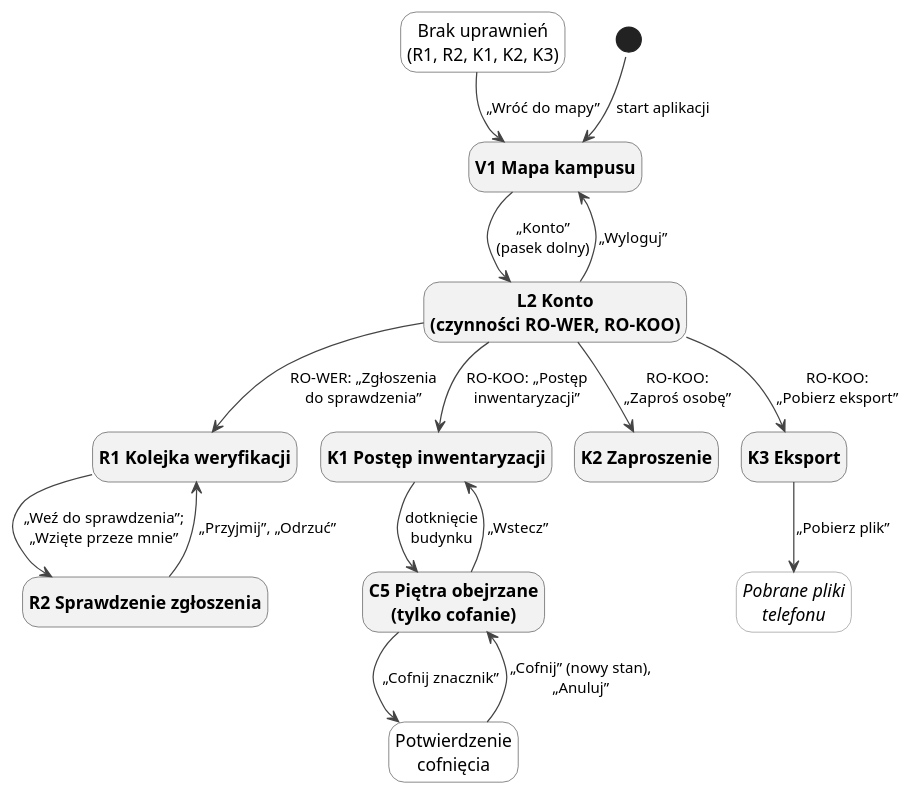
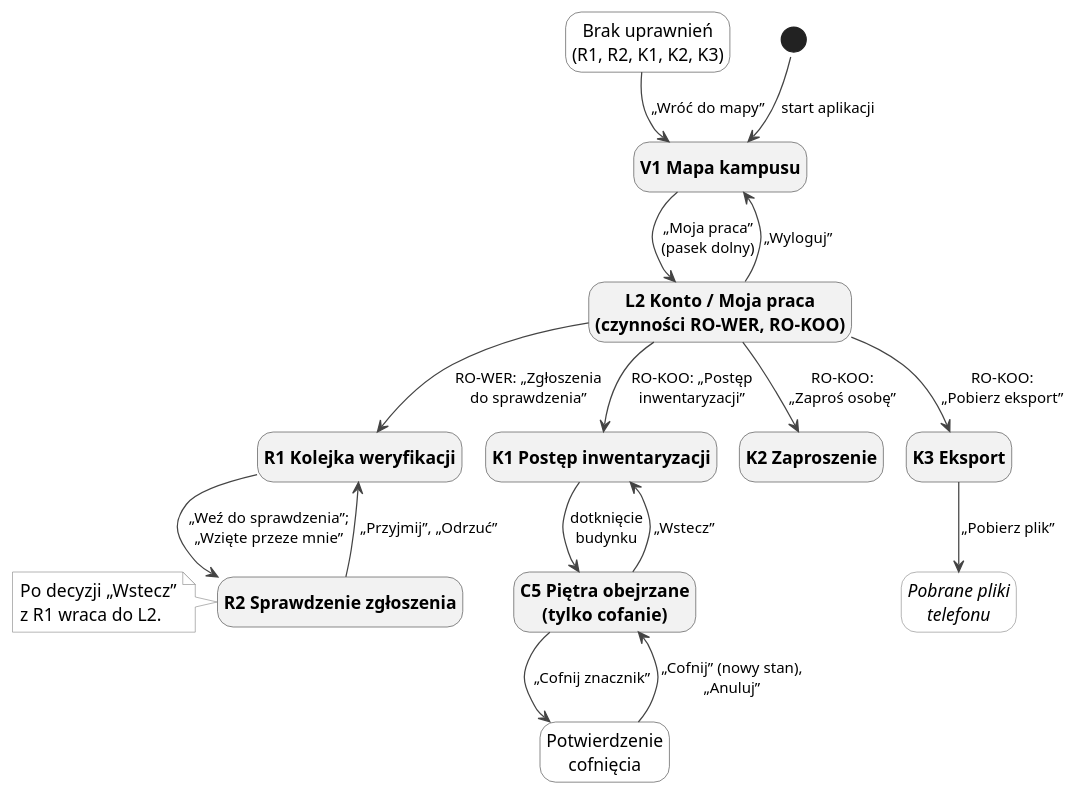
Before and after one commit to dostepny-kampus/dostepny-kampus: the diagram in docs/docs/ux/nawigacja-zespol-weryfikacja.puml, drawn with PlantUML. The commit also changed 2 other files, not shown here.

Commit message:
docs(ux): fix navigation diagrams for work entry, cancel and consent targets

```diff
--- a/docs/docs/ux/nawigacja-zespol-weryfikacja.puml
+++ b/docs/docs/ux/nawigacja-zespol-weryfikacja.puml
@@ -1,53 +1,63 @@
 @startuml
 !pragma layout smetana
 hide empty description
 skinparam defaultFontSize 14
 skinparam ArrowColor #444444
 skinparam ArrowFontSize 12
 skinparam state {
   BackgroundColor #F2F2F2
   BorderColor #444444
   FontStyle bold
 }
 skinparam state<<stan>> {
   BackgroundColor #FFFFFF
   BorderColor #444444
   FontStyle normal
 }
 skinparam state<<poza>> {
   BackgroundColor #FFFFFF
   BorderColor #888888
   FontStyle italic
 }
 
+skinparam note {
+  BackgroundColor #FFFFFF
+  BorderColor #888888
+}
+
 state "V1 Mapa kampusu" as V1
-state "L2 Konto\n(czynności RO-WER, RO-KOO)" as L2
+state "L2 Konto / Moja praca\n(czynności RO-WER, RO-KOO)" as L2
 state "R1 Kolejka weryfikacji" as R1
 state "R2 Sprawdzenie zgłoszenia" as R2
 state "K1 Postęp inwentaryzacji" as K1
 state "C5 Piętra obejrzane\n(tylko cofanie)" as C5
 state "Potwierdzenie\ncofnięcia" as PC <<stan>>
 state "K2 Zaproszenie" as K2
 state "K3 Eksport" as K3
 state "Pobrane pliki\ntelefonu" as PLIK <<poza>>
 state "Brak uprawnień\n(R1, R2, K1, K2, K3)" as BU <<stan>>
 
 [*] --> V1 : start aplikacji
-V1 --> L2 : „Konto”\n(pasek dolny)
+V1 --> L2 : „Moja praca”\n(pasek dolny)
 L2 --> V1 : „Wyloguj”
 
 L2 --> R1 : RO-WER: „Zgłoszenia\ndo sprawdzenia”
 R1 --> R2 : „Weź do sprawdzenia”;\n„Wzięte przeze mnie”
 R2 --> R1 : „Przyjmij”, „Odrzuć”
+
+note left of R2
+  Po decyzji „Wstecz”
+  z R1 wraca do L2.
+end note
 
 L2 --> K1 : RO-KOO: „Postęp\ninwentaryzacji”
 L2 --> K2 : RO-KOO:\n„Zaproś osobę”
 L2 --> K3 : RO-KOO:\n„Pobierz eksport”
 K1 --> C5 : dotknięcie\nbudynku
 C5 --> K1 : „Wstecz”
 C5 --> PC : „Cofnij znacznik”
 PC --> C5 : „Cofnij” (nowy stan),\n„Anuluj”
 K3 --> PLIK : „Pobierz plik”
 
 BU --> V1 : „Wróć do mapy”
 @enduml
```
